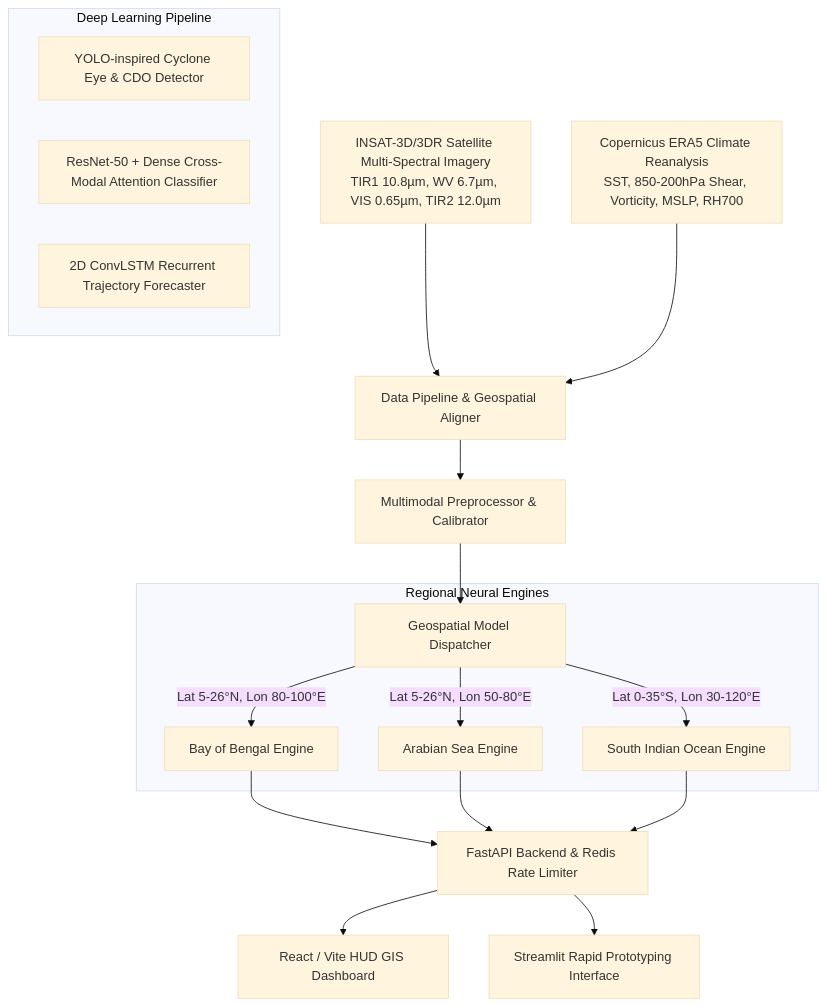
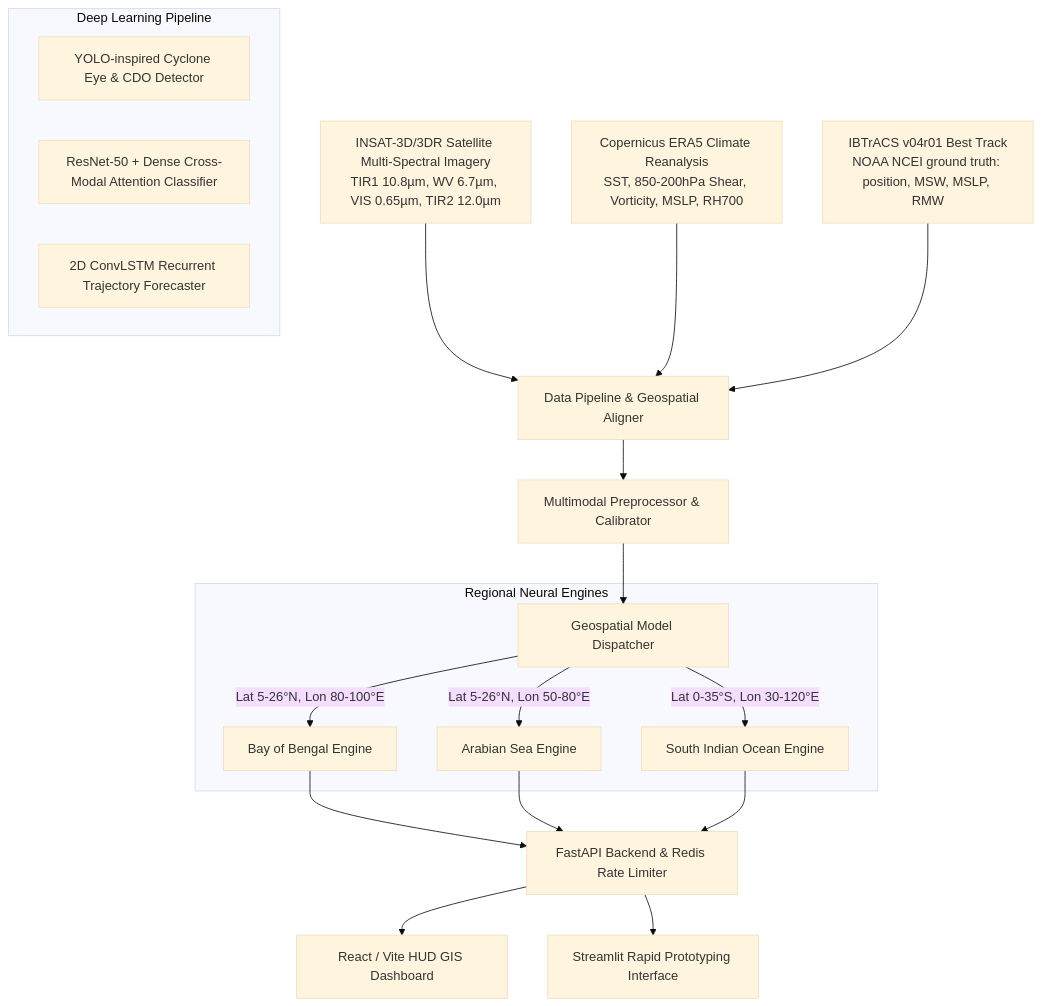
One commit to rayyan230120005/cyclone_pred changed the diagram in README.md. Above: the diagram before and after it, drawn with Mermaid (base theme). The commit also changed other lines of this file and 10 other files, not shown here.

````diff
--- a/README.md
+++ b/README.md
@@ -15,24 +36,25 @@
 ```mermaid
 graph TD
     A[INSAT-3D/3DR Satellite Multi-Spectral Imagery<br/>TIR1 10.8µm, WV 6.7µm, VIS 0.65µm, TIR2 12.0µm] --> C[Data Pipeline & Geospatial Aligner]
     B[Copernicus ERA5 Climate Reanalysis<br/>SST, 850-200hPa Shear, Vorticity, MSLP, RH700] --> C
-    
+    T[IBTrACS v04r01 Best Track<br/>NOAA NCEI ground truth: position, MSW, MSLP, RMW] --> C
+
     C --> D[Multimodal Preprocessor & Calibrator]
     D --> E[Geospatial Model Dispatcher]
-    
+
     subgraph Regional Neural Engines
         E -->|Lat 5-26°N, Lon 80-100°E| F1[Bay of Bengal Engine]
         E -->|Lat 5-26°N, Lon 50-80°E| F2[Arabian Sea Engine]
         E -->|Lat 0-35°S, Lon 30-120°E| F3[South Indian Ocean Engine]
     end
-    
+
     subgraph Deep Learning Pipeline
         M1[YOLO-inspired Cyclone Eye & CDO Detector]
         M2[ResNet-50 + Dense Cross-Modal Attention Classifier]
         M3[2D ConvLSTM Recurrent Trajectory Forecaster]
     end
-    
+
     F1 & F2 & F3 --> G[FastAPI Backend & Redis Rate Limiter]
     G --> H[React / Vite HUD GIS Dashboard]
     G --> I[Streamlit Rapid Prototyping Interface]
 ```
````
